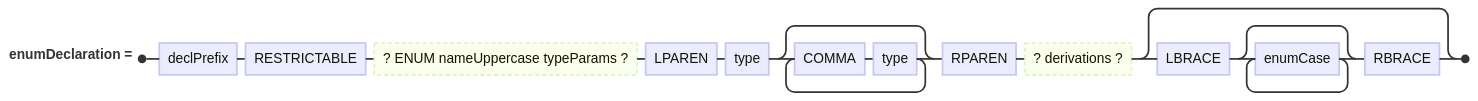
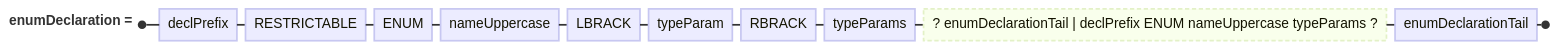
One commit to wstein/flix-antlr-grammar changed the fourth of 15 diagrams in docs/RAILROAD.md. Above: the diagram before and after it, drawn with Mermaid. The commit also changed other lines of this file and 9 other files, not shown here.

````diff
--- a/docs/RAILROAD.md
+++ b/docs/RAILROAD.md
@@ -42,4 +42,5 @@
 ```mermaid
 railroad-ebnf-beta
-enumDeclaration ::= declPrefix RESTRICTABLE? ENUM nameUppercase typeParams? ( LPAREN type ( COMMA type )* RPAREN )? derivations? ( LBRACE enumCase* RBRACE )? ;
+enumDeclaration ::= declPrefix RESTRICTABLE ENUM nameUppercase LBRACK typeParam RBRACK typeParams? enumDeclarationTail
+    | declPrefix ENUM nameUppercase typeParams? enumDeclarationTail ;
 ```
````
